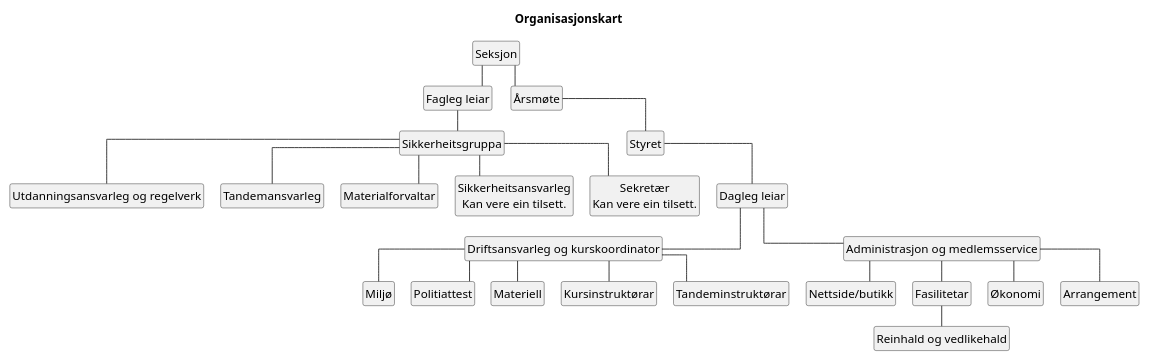
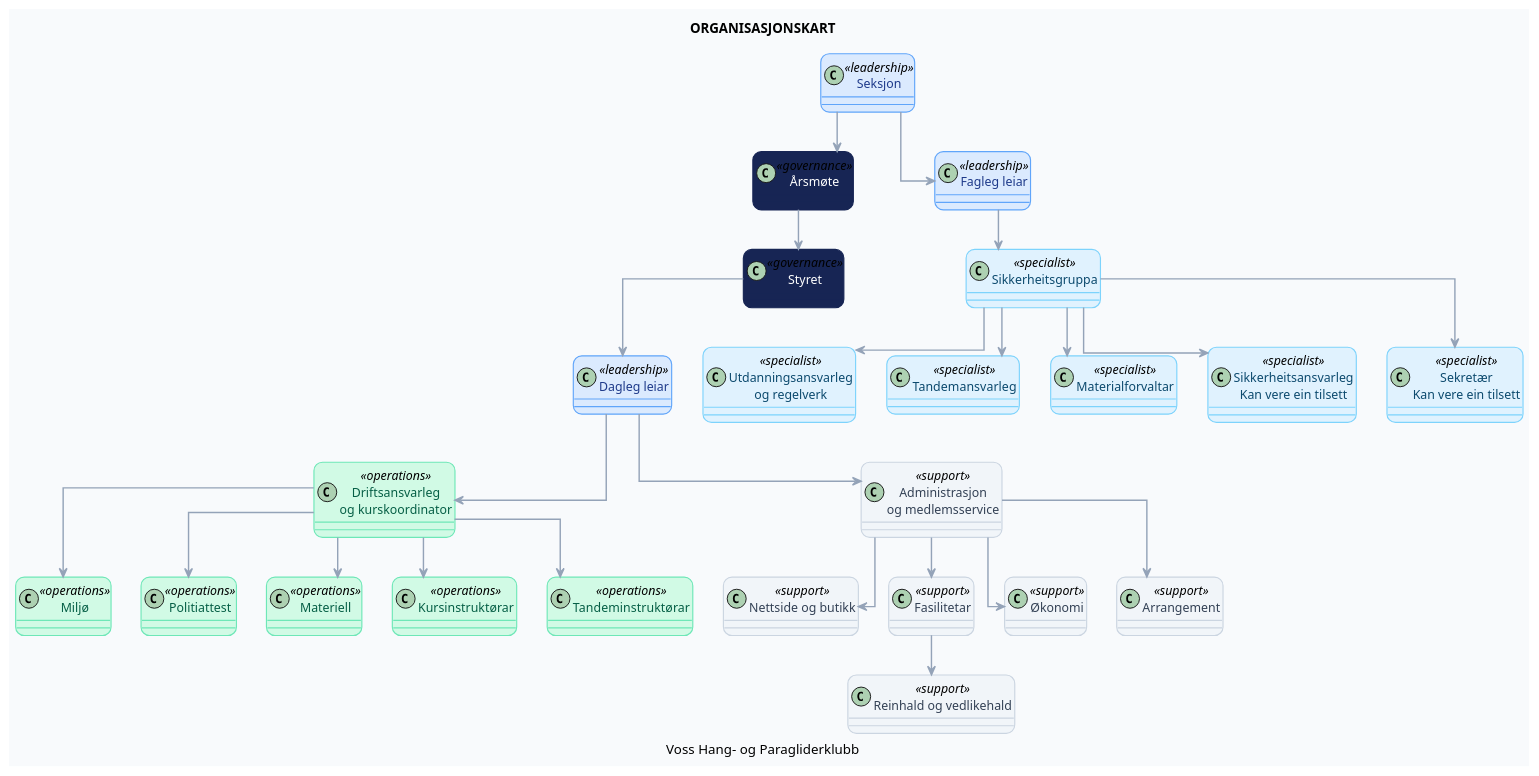
One commit to vosshpk/wiki changed the diagram in assets/organisasjonskart-nn.puml. Above: the diagram before and after it, drawn with PlantUML.

Commit message:
UML bump

```diff
--- a/assets/organisasjonskart-nn.puml
+++ b/assets/organisasjonskart-nn.puml
@@ -1,56 +1,119 @@
-title Organisasjonskart
+title **ORGANISASJONSKART**
+caption Voss Hang- og Paragliderklubb
+
 top to bottom direction
-hide circle
-hide empty members
+
+' --- Overall style ---
+skinparam backgroundColor #F8FAFC
+skinparam defaultFontName "Arial"
+skinparam defaultFontSize 13
+skinparam shadowing false
+skinparam roundcorner 18
+skinparam linetype ortho
+skinparam nodesep 32
+skinparam ranksep 42
+skinparam ArrowColor #94A3B8
+skinparam ArrowThickness 1.5
 skinparam classAttributeIconSize 0
-skinparam linetype ortho
-skinparam nodesep 20
-skinparam ranksep 25
-scale max 1200 width
 
-class "Seksjon" as Seksjon
-class "Fagleg leiar" as FaglegLeiar
-class "Sikkerheitsgruppa" as Sikkerheitsgruppa
-class "Utdanningsansvarleg og regelverk" as UtdanningRegelverk
-class "Tandemansvarleg" as Tandemansvarleg
-class "Materialforvaltar" as Materialforvaltar
-class "Sikkerheitsansvarleg\nKan vere ein tilsett." as Sikkerheitsansvarleg
-class "Sekretær\nKan vere ein tilsett." as Sekretaer
-class "Årsmøte" as Aarsmoete
-class "Styret" as Styret
-class "Dagleg leiar" as DaglegLeiar
-class "Driftsansvarleg og kurskoordinator" as DriftKurs
-class "Miljø" as Miljoe
-class "Politiattest" as Politiattest
-class "Materiell" as Materiell
-class "Kursinstruktørar" as Kursinstruktoerar
-class "Tandeminstruktørar" as Tandeminstruktoerar
-class "Administrasjon og medlemsservice" as Administrasjon
-class "Nettside/butikk" as NettsideButikk
-class "Fasilitetar" as Fasilitetar
-class "Reinhald og vedlikehald" as ReinhaldVedlikehald
-class "Økonomi" as Oekonomi
-class "Arrangement" as Arrangement
+skinparam class {
+    BackgroundColor #FFFFFF
+    BorderColor #CBD5E1
+    FontColor #1E293B
+    BorderThickness 1.2
+    RoundCorner 18
+}
 
-Seksjon -- FaglegLeiar
-Seksjon -- Aarsmoete
-FaglegLeiar -- Sikkerheitsgruppa
-Sikkerheitsgruppa -- UtdanningRegelverk
-Sikkerheitsgruppa -- Tandemansvarleg
-Sikkerheitsgruppa -- Materialforvaltar
-Sikkerheitsgruppa -- Sikkerheitsansvarleg
-Sikkerheitsgruppa -- Sekretaer
-Aarsmoete -- Styret
-Styret -- DaglegLeiar
-DaglegLeiar -- DriftKurs
-DriftKurs -- Miljoe
-DriftKurs -- Politiattest
-DriftKurs -- Materiell
-DriftKurs -- Kursinstruktoerar
-DriftKurs -- Tandeminstruktoerar
-DaglegLeiar -- Administrasjon
-Administrasjon -- NettsideButikk
-Administrasjon -- Fasilitetar
-Fasilitetar -- ReinhaldVedlikehald
-Administrasjon -- Oekonomi
-Administrasjon -- Arrangement
+skinparam class<<governance>> {
+    BackgroundColor #172554
+    BorderColor #172554
+    FontColor #FFFFFF
+}
+
+skinparam class<<leadership>> {
+    BackgroundColor #DBEAFE
+    BorderColor #60A5FA
+    FontColor #1E3A8A
+}
+
+skinparam class<<specialist>> {
+    BackgroundColor #E0F2FE
+    BorderColor #7DD3FC
+    FontColor #0C4A6E
+}
+
+skinparam class<<operations>> {
+    BackgroundColor #D1FAE5
+    BorderColor #6EE7B7
+    FontColor #065F46
+}
+
+skinparam class<<support>> {
+    BackgroundColor #F1F5F9
+    BorderColor #CBD5E1
+    FontColor #334155
+}
+
+' --- Governance ---
+class "Årsmøte" as Aarsmoete <<governance>>
+class "Styret" as Styret <<governance>>
+
+' --- Leadership ---
+class "Seksjon" as Seksjon <<leadership>>
+class "Fagleg leiar" as FaglegLeiar <<leadership>>
+class "Dagleg leiar" as DaglegLeiar <<leadership>>
+
+' --- Safety and specialist responsibilities ---
+class "Sikkerheitsgruppa" as Sikkerheitsgruppa <<specialist>>
+class "Utdanningsansvarleg\nog regelverk" as UtdanningRegelverk <<specialist>>
+class "Tandemansvarleg" as Tandemansvarleg <<specialist>>
+class "Materialforvaltar" as Materialforvaltar <<specialist>>
+class "Sikkerheitsansvarleg\nKan vere ein tilsett" as Sikkerheitsansvarleg <<specialist>>
+class "Sekretær\nKan vere ein tilsett" as Sekretaer <<specialist>>
+
+' --- Operations ---
+class "Driftsansvarleg\nog kurskoordinator" as DriftKurs <<operations>>
+class "Miljø" as Miljoe <<operations>>
+class "Politiattest" as Politiattest <<operations>>
+class "Materiell" as Materiell <<operations>>
+class "Kursinstruktørar" as Kursinstruktoerar <<operations>>
+class "Tandeminstruktørar" as Tandeminstruktoerar <<operations>>
+
+' --- Administration and support ---
+class "Administrasjon\nog medlemsservice" as Administrasjon <<support>>
+class "Nettside og butikk" as NettsideButikk <<support>>
+class "Fasilitetar" as Fasilitetar <<support>>
+class "Reinhald og vedlikehald" as ReinhaldVedlikehald <<support>>
+class "Økonomi" as Oekonomi <<support>>
+class "Arrangement" as Arrangement <<support>>
+
+' --- Organisational relationships ---
+Seksjon -down-> FaglegLeiar
+Seksjon -down-> Aarsmoete
+
+FaglegLeiar -down-> Sikkerheitsgruppa
+
+Sikkerheitsgruppa -down-> UtdanningRegelverk
+Sikkerheitsgruppa -down-> Tandemansvarleg
+Sikkerheitsgruppa -down-> Materialforvaltar
+Sikkerheitsgruppa -down-> Sikkerheitsansvarleg
+Sikkerheitsgruppa -down-> Sekretaer
+
+Aarsmoete -down-> Styret
+Styret -down-> DaglegLeiar
+
+DaglegLeiar -down-> DriftKurs
+DaglegLeiar -down-> Administrasjon
+
+DriftKurs -down-> Miljoe
+DriftKurs -down-> Politiattest
+DriftKurs -down-> Materiell
+DriftKurs -down-> Kursinstruktoerar
+DriftKurs -down-> Tandeminstruktoerar
+
+Administrasjon -down-> NettsideButikk
+Administrasjon -down-> Fasilitetar
+Administrasjon -down-> Oekonomi
+Administrasjon -down-> Arrangement
+
+Fasilitetar -down-> ReinhaldVedlikehald
```
